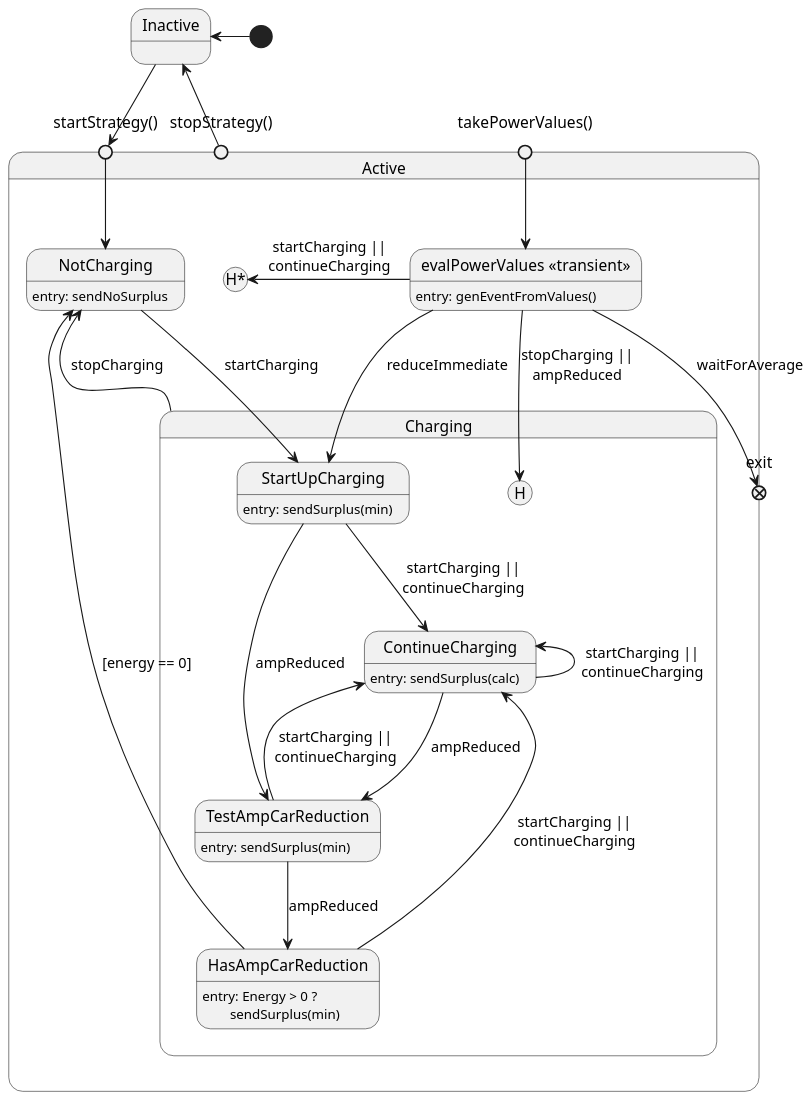
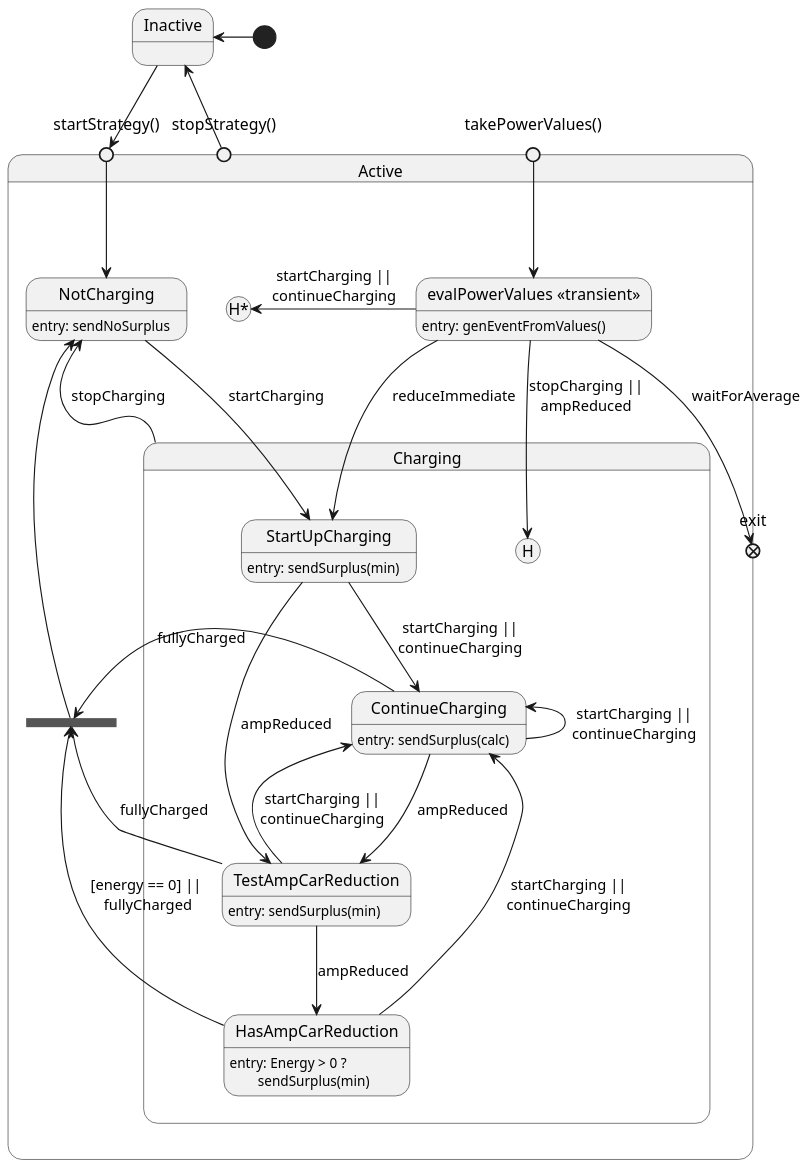
Before and after one commit to geobe/energyControl: the diagram in src/main/groovy/de/geobe/energy/automation/PvChargeStrategySM.puml, drawn with PlantUML. The commit also changed 13 other files, not shown here.

```diff
--- a/src/main/groovy/de/geobe/energy/automation/PvChargeStrategySM.puml
+++ b/src/main/groovy/de/geobe/energy/automation/PvChargeStrategySM.puml
@@ -1,69 +1,75 @@
 @startuml
 'https://plantuml.com/state-diagram
 
 scale 1000 width
 state "Inactive" as ia
 'act -left-> act : [takePowerValues : eval]
 state "Active" as act {
 
 '    act: on: powerValues : \n\tcheck stop immediate,\n\tcalculate values,\n\tdelegate to substate
 
     state "takePowerValues()" as pv <<entryPoint>>
     state "startStrategy()" as start <<entryPoint>>
     state "stopStrategy()" as stop <<entryPoint>>
 
     start -down-> nc
 
 
     state "NotCharging" as nc
     nc: entry: sendNoSurplus
+
+    state ncj <<join>>
 
  '   state "Filling Stack" as fill
 
     state "evalPowerValues <<transient>>" as eval
         eval: entry: genEventFromValues()
 
     state "Charging" as chg {
 
         state "StartUpCharging" as sc
         sc: entry: sendSurplus(min)
 
         state "ContinueCharging" as ch
         ch: entry: sendSurplus(calc)
 
         state "TestAmpCarReduction" as tr
         tr: entry: sendSurplus(min)
 
         state "HasAmpCarReduction" as hr
         hr: entry: Energy > 0 ?\n\tsendSurplus(min)
         nc --> sc : startCharging
 
         eval --> [H] : stopCharging ||\nampReduced
 
     }
     state exit <<exitPoint>>
 
     eval -left-> [H*] : startCharging ||\ncontinueCharging
     eval --> exit : waitForAverage
     eval -down-> sc : reduceImmediate
 
 
     chg -up-> nc : stopCharging
 
     sc -down-> ch : startCharging ||\ncontinueCharging
     sc --> tr : ampReduced
     ch -left-> ch : startCharging ||\ncontinueCharging
     ch -down-> tr : ampReduced
     tr -up-> ch : startCharging ||\ncontinueCharging
     tr -down-> hr : ampReduced
     hr -up-> ch : startCharging ||\ncontinueCharging
-    hr --> nc : [energy == 0]
+    hr -up-> ncj : [energy == 0] ||\n fullyCharged
+    tr -up-> ncj : fullyCharged
+    ch --> ncj : fullyCharged
+    ncj -up-> nc
+
 }
 
 pv --> eval
 [*] -left-> ia
 'exit -down-> [*] : [stopStrategy]
 stop -up-> ia
 ia -down-> start
 'stop -up-> [*]
 @enduml
```
